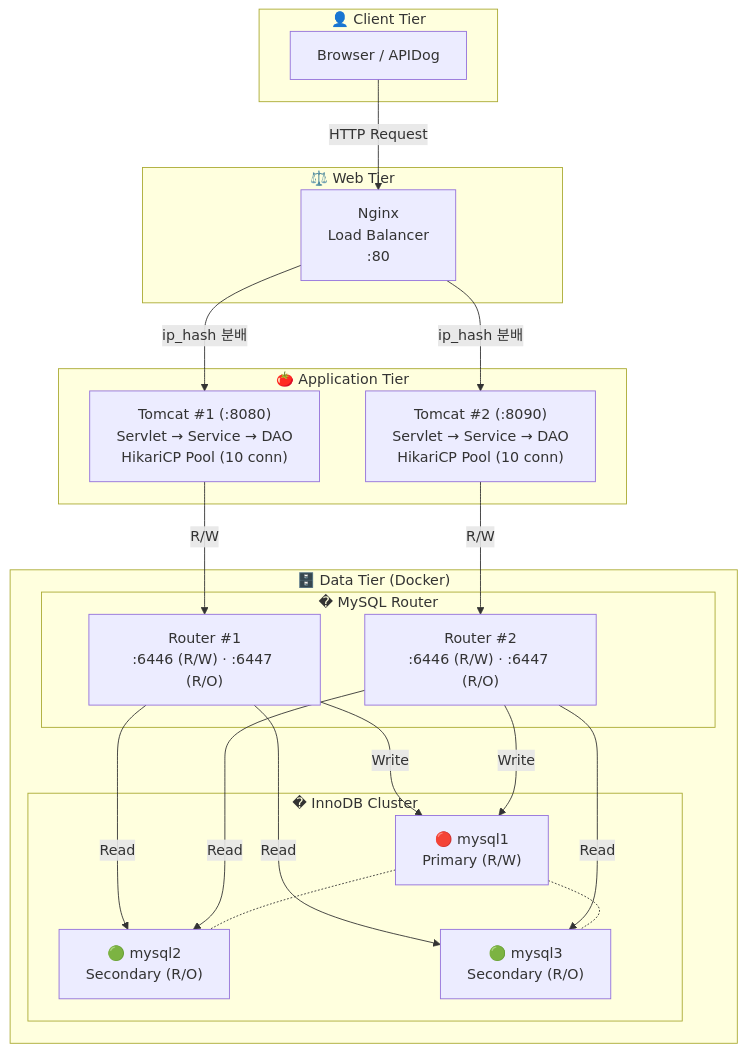
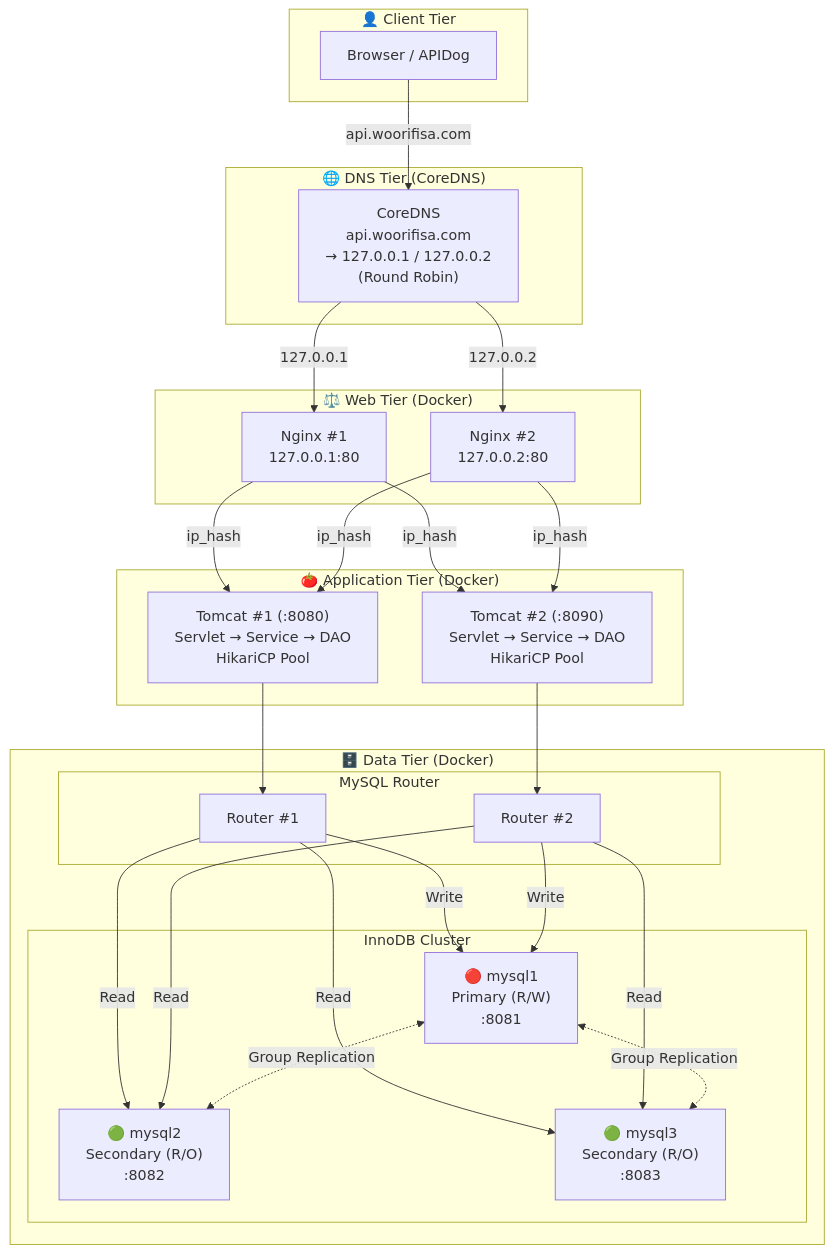
Before and after one commit to PetterChanHyuk/Woori-FISA_3-Tier-Architecture: the diagram in README.md, drawn with Mermaid. The commit also changed other lines of this file and 19 other files, not shown here.

Commit message:
feat: README 업데이트 + Nginx/CoreDNS 도커 설정 추가

````diff
--- a/README.md
+++ b/README.md
@@ -11,41 +11,50 @@
 ```mermaid
 flowchart TB
     subgraph CLIENT ["👤 Client Tier"]
         Browser["Browser / APIDog"]
     end
 
-    subgraph WEB ["⚖️ Web Tier"]
-        Nginx["Nginx<br/>Load Balancer<br/>:80"]
+    subgraph DNS ["🌐 DNS Tier (CoreDNS)"]
+        CoreDNS["CoreDNS<br/>api.woorifisa.com<br/>→ 127.0.0.1 / 127.0.0.2<br/>(Round Robin)"]
     end
 
-    subgraph APP ["🍅 Application Tier"]
-        T1["Tomcat #1 (:8080)<br/>Servlet → Service → DAO<br/>HikariCP Pool (10 conn)"]
-        T2["Tomcat #2 (:8090)<br/>Servlet → Service → DAO<br/>HikariCP Pool (10 conn)"]
+    subgraph WEB ["⚖️ Web Tier (Docker)"]
+        N1["Nginx #1<br/>127.0.0.1:80"]
+        N2["Nginx #2<br/>127.0.0.2:80"]
+    end
+
+    subgraph APP ["🍅 Application Tier (Docker)"]
+        T1["Tomcat #1 (:8080)<br/>Servlet → Service → DAO<br/>HikariCP Pool"]
+        T2["Tomcat #2 (:8090)<br/>Servlet → Service → DAO<br/>HikariCP Pool"]
     end
 
     subgraph DATA ["🗄️ Data Tier (Docker)"]
-        subgraph ROUTER ["� MySQL Router"]
-            R1["Router #1<br/>:6446 (R/W) · :6447 (R/O)"]
-            R2["Router #2<br/>:6446 (R/W) · :6447 (R/O)"]
+        subgraph ROUTER ["MySQL Router"]
+            R1["Router #1"]
+            R2["Router #2"]
         end
-        subgraph CLUSTER ["�️ InnoDB Cluster"]
-            M1["🔴 mysql1<br/>Primary (R/W)"]
-            M2["🟢 mysql2<br/>Secondary (R/O)"]
-            M3["🟢 mysql3<br/>Secondary (R/O)"]
+        subgraph CLUSTER ["InnoDB Cluster"]
+            M1["🔴 mysql1<br/>Primary (R/W)<br/>:8081"]
+            M2["🟢 mysql2<br/>Secondary (R/O)<br/>:8082"]
+            M3["🟢 mysql3<br/>Secondary (R/O)<br/>:8083"]
         end
     end
 
-    Browser -->|"HTTP Request"| Nginx
-    Nginx -->|"ip_hash 분배"| T1
-    Nginx -->|"ip_hash 분배"| T2
-    T1 -->|"R/W"| R1
-    T2 -->|"R/W"| R2
+    Browser -->|"api.woorifisa.com"| CoreDNS
+    CoreDNS -->|"127.0.0.1"| N1
+    CoreDNS -->|"127.0.0.2"| N2
+    N1 -->|"ip_hash"| T1
+    N1 -->|"ip_hash"| T2
+    N2 -->|"ip_hash"| T1
+    N2 -->|"ip_hash"| T2
+    T1 --> R1
+    T2 --> R2
     R1 -->|"Write"| M1
     R1 -->|"Read"| M2
     R1 -->|"Read"| M3
     R2 -->|"Write"| M1
     R2 -->|"Read"| M2
     R2 -->|"Read"| M3
-    M1 <-.- M2
-    M1 <-.- M3
+    M1 <-.->|"Group Replication"| M2
+    M1 <-.->|"Group Replication"| M3
 ```
````
